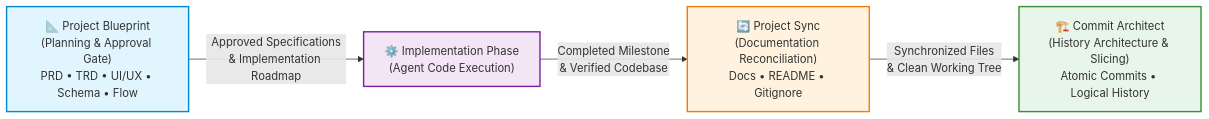
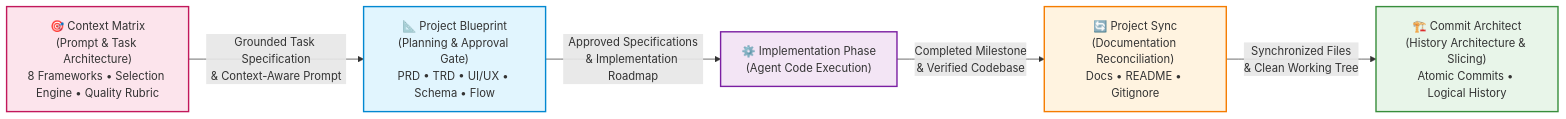
One commit to swayamprabhu2005/agent-dev-skills changed the diagram in README.md. Above: the diagram before and after it, drawn with Mermaid. The commit also changed other lines of this file, not shown here.

Commit message:
Update collection catalog with Context Matrix and installation workflows

````diff
--- a/README.md
+++ b/README.md
@@ -41,11 +43,13 @@
 ```mermaid
 flowchart LR
-    A["📐 Project Blueprint\n(Planning & Approval Gate)\nPRD • TRD • UI/UX • Schema • Flow"] -->|"Approved Specifications\n& Implementation Roadmap"| Dev["⚙️ Implementation Phase\n(Agent Code Execution)"]
+    CM["🎯 Context Matrix\n(Prompt & Task Architecture)\n8 Frameworks • Selection Engine • Quality Rubric"] -->|"Grounded Task Specification\n& Context-Aware Prompt"| A["📐 Project Blueprint\n(Planning & Approval Gate)\nPRD • TRD • UI/UX • Schema • Flow"]
+    A -->|"Approved Specifications\n& Implementation Roadmap"| Dev["⚙️ Implementation Phase\n(Agent Code Execution)"]
     Dev -->|"Completed Milestone\n& Verified Codebase"| B["🔄 Project Sync\n(Documentation Reconciliation)\nDocs • README • Gitignore"]
     B -->|"Synchronized Files\n& Clean Working Tree"| C["🏗️ Commit Architect\n(History Architecture & Slicing)\nAtomic Commits • Logical History"]
 
+    style CM fill:#fce4ec,stroke:#c2185b,stroke-width:2px
     style A fill:#e1f5fe,stroke:#0288d1,stroke-width:2px
     style Dev fill:#f3e5f5,stroke:#7b1fa2,stroke-width:2px
     style B fill:#fff3e0,stroke:#f57c00,stroke-width:2px
     style C fill:#e8f5e9,stroke:#388e3c,stroke-width:2px
 ```
````
